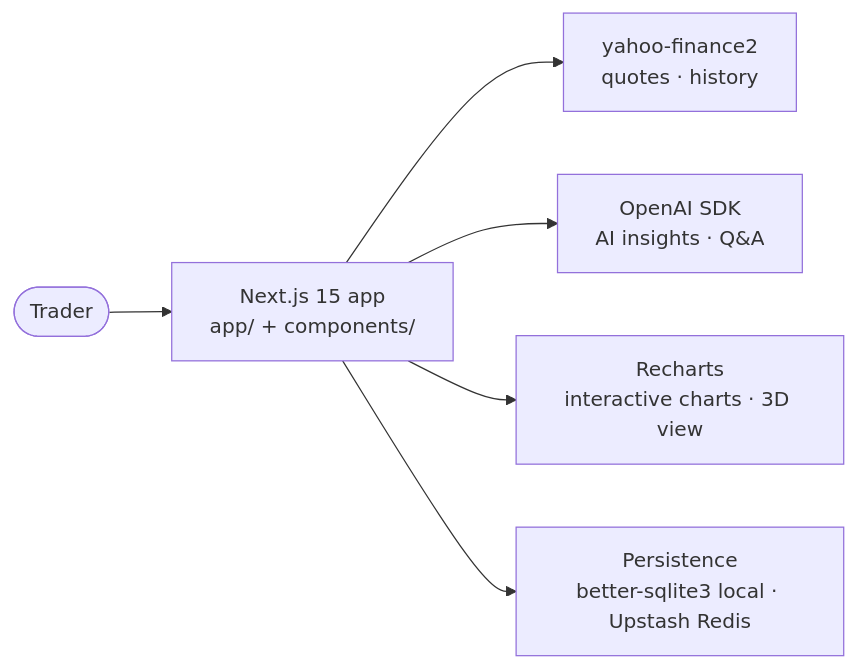
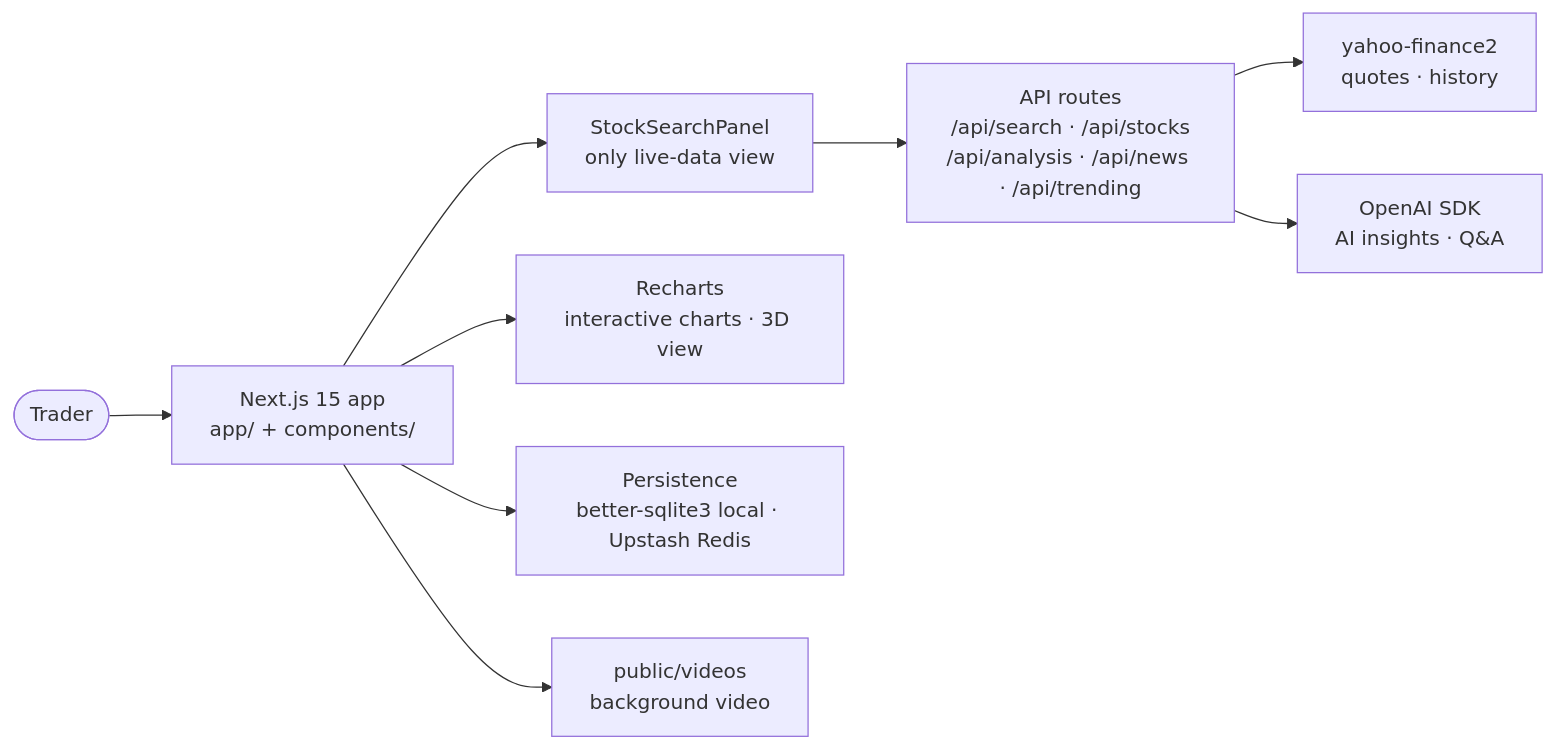
Before and after one commit to thiteswapnil1212-hue/Stocksense-AI: the second of 2 diagrams in README.md, drawn with Mermaid. The commit also changed other lines of this file, not shown here.

Commit message:
Docs: README with sequence diagram, API table and honest limits

````diff
--- a/README.md
+++ b/README.md
@@ -31,8 +36,11 @@
 ```mermaid
 flowchart LR
     User([Trader]) --> App["Next.js 15 app<br/>app/ + components/"]
-    App --> YF["yahoo-finance2<br/>quotes · history"]
-    App --> AI["OpenAI SDK<br/>AI insights · Q&A"]
+    App --> Search["StockSearchPanel<br/>only live-data view"]
+    Search --> API["API routes<br/>/api/search · /api/stocks<br/>/api/analysis · /api/news · /api/trending"]
+    API --> YF["yahoo-finance2<br/>quotes · history"]
+    API --> AI["OpenAI SDK<br/>AI insights · Q&A"]
     App --> Charts["Recharts<br/>interactive charts · 3D view"]
     App --> Store["Persistence<br/>better-sqlite3 local · Upstash Redis"]
+    App --> Video["public/videos<br/>background video"]
 ```
````
